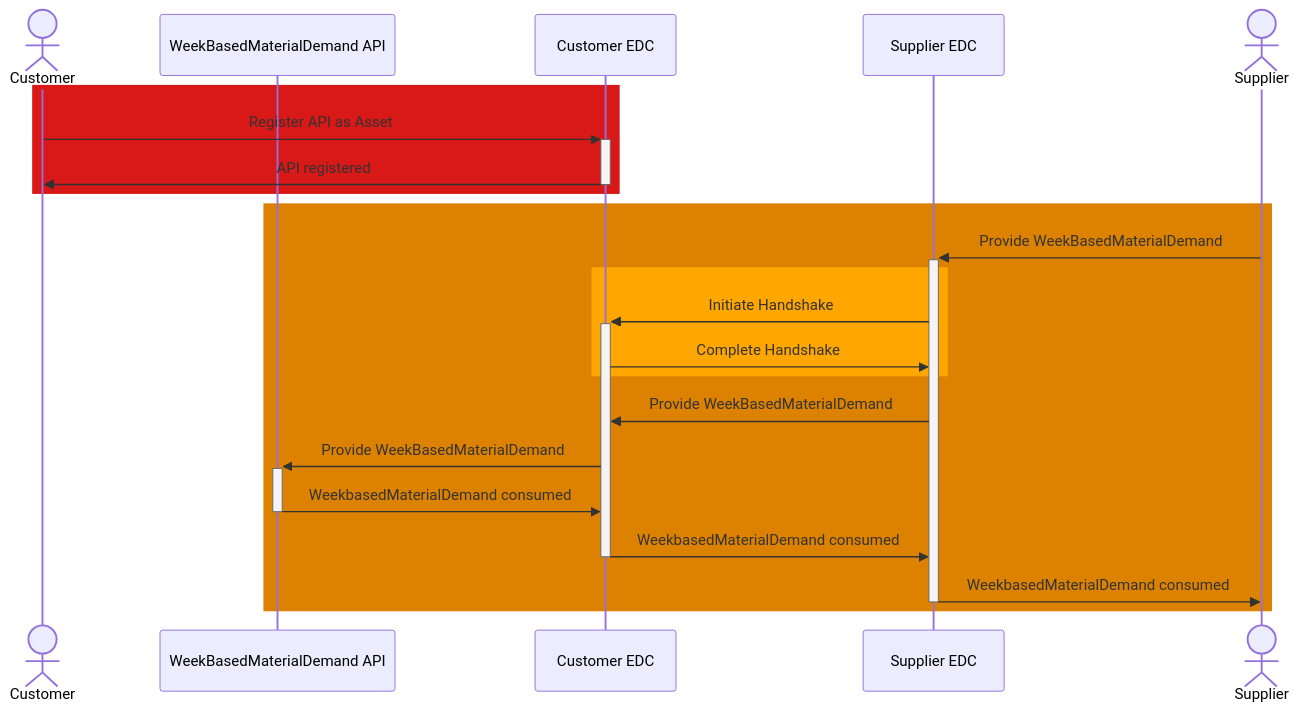
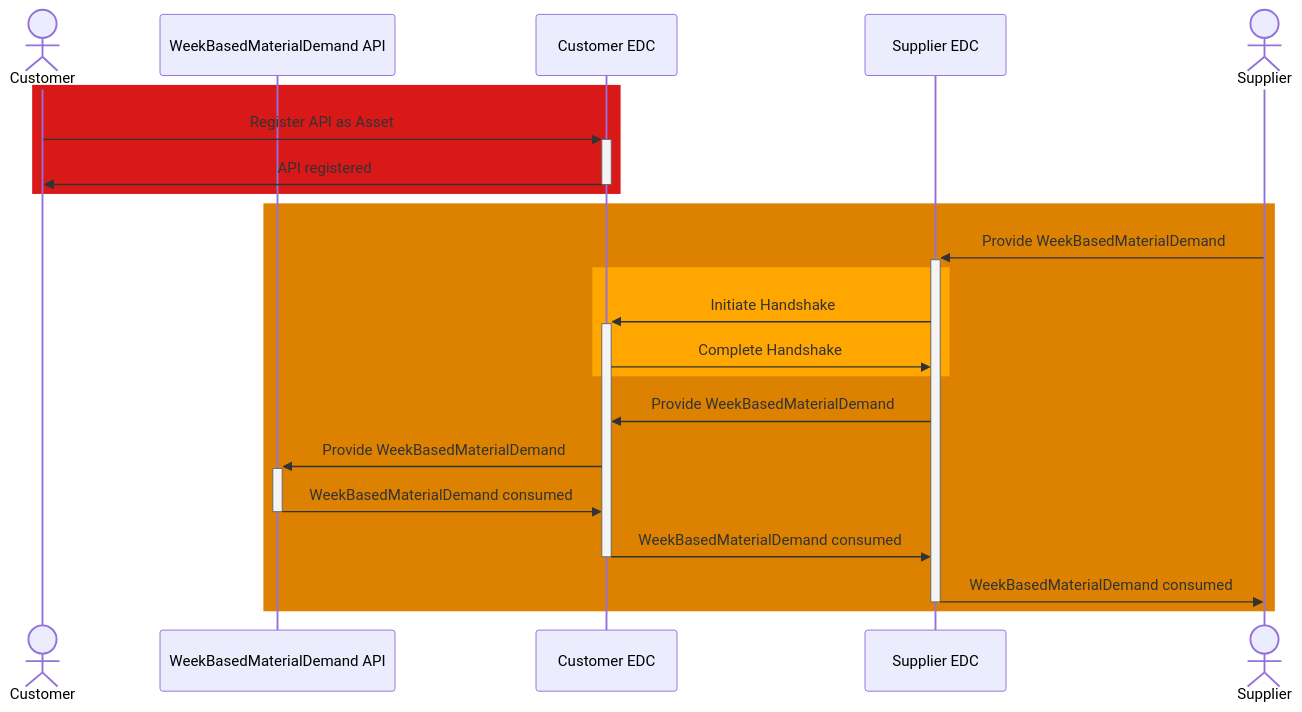
Before and after one commit to eclipse-tractusx/eclipse-tractusx.github.io: the diagram in docs-kits/kits/DCM-Kit/development-view/api-material-demand.md, drawn with Mermaid. The commit also changed 5 other files, not shown here.

````diff
--- a/docs-kits/kits/DCM-Kit/development-view/api-material-demand.md
+++ b/docs-kits/kits/DCM-Kit/development-view/api-material-demand.md
@@ -22,26 +22,26 @@
 ```mermaid
 sequenceDiagram
     actor c as Customer 
     participant a as WeekBasedMaterialDemand API
     participant ce as Customer EDC
     participant se as Supplier EDC
     actor s as Supplier
     
     rect rgb(217,24,24)
     c->>+ce: Register API as Asset
     ce->>-c: API registered
     end
     rect rgb(221,130,0)
     s->>+se: Provide WeekBasedMaterialDemand
     rect rgb(255,166,0)
     se->>+ce: Initiate Handshake
     ce->>se: Complete Handshake
     end
     se->>ce: Provide WeekBasedMaterialDemand
     ce->>+a: Provide WeekBasedMaterialDemand
-    a->>-ce: WeekbasedMaterialDemand consumed
-    ce->>-se: WeekbasedMaterialDemand consumed
-    se->>-s: WeekbasedMaterialDemand consumed
+    a->>-ce: WeekBasedMaterialDemand consumed
+    ce->>-se: WeekBasedMaterialDemand consumed
+    se->>-s: WeekBasedMaterialDemand consumed
     
     end
 ```
````
